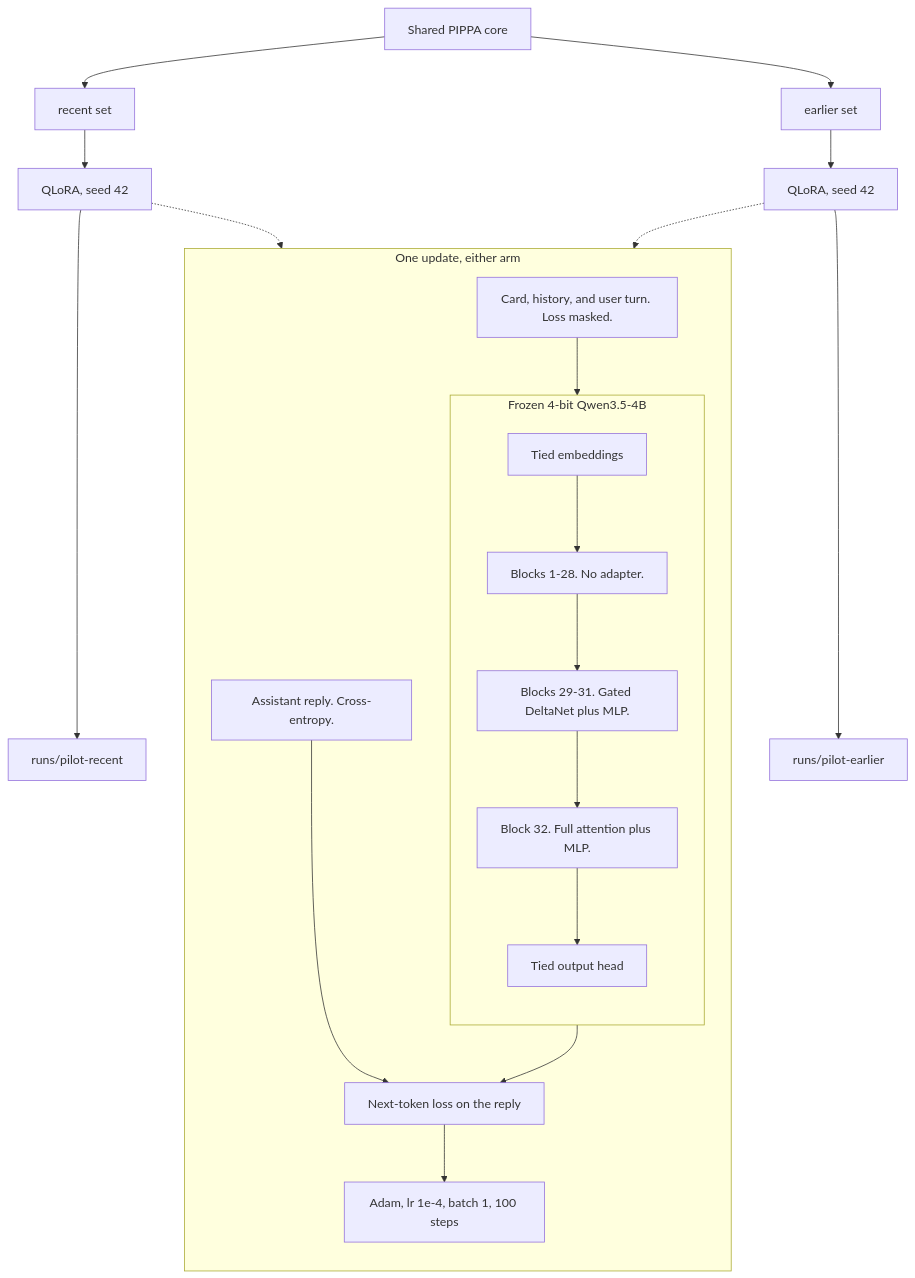
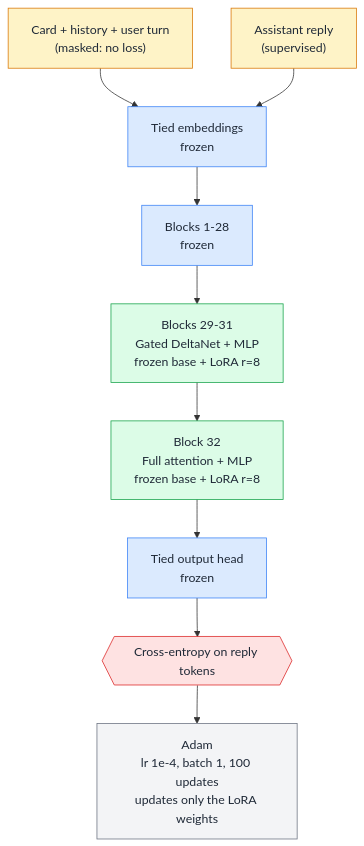
One commit to ej-sanmartin/Qwen-Storythread changed the second of 3 diagrams in README.md. Above: the diagram before and after it, drawn with Mermaid. The commit also changed other lines of this file, not shown here.

Commit message:
docs: restyle QLoRA diagrams with color-coded legend

````diff
--- a/README.md
+++ b/README.md
@@ -17,31 +35,23 @@
 ```mermaid
 flowchart TB
-  core["Shared PIPPA core"] --> recent["recent set"]
-  core --> earlier["earlier set"]
-  recent --> rtrain["QLoRA, seed 42"]
-  earlier --> etrain["QLoRA, seed 42"]
-  rtrain --> radapt["runs/pilot-recent"]
-  etrain --> eadapt["runs/pilot-earlier"]
+  classDef data fill:#fef3c7,stroke:#d97706,color:#1f2937
+  classDef frozen fill:#dbeafe,stroke:#3b82f6,color:#1f2937
+  classDef train fill:#dcfce7,stroke:#16a34a,color:#1f2937
+  classDef step fill:#f3f4f6,stroke:#6b7280,color:#1f2937
+  classDef loss fill:#fee2e2,stroke:#dc2626,color:#1f2937
 
-  subgraph step [One update, either arm]
-    direction TB
-    prompt["Card, history, and user turn. Loss masked."]
-    reply["Assistant reply. Cross-entropy."]
-    prompt --> stack
-    reply --> loss["Next-token loss on the reply"]
-    subgraph stack [Frozen 4-bit Qwen3.5-4B]
-      direction TB
-      emb["Tied embeddings"]
-      early["Blocks 1-28. No adapter."]
-      mid["Blocks 29-31. Gated DeltaNet plus MLP."]
-      last["Block 32. Full attention plus MLP."]
-      head["Tied output head"]
-      emb --> early --> mid --> last --> head
-    end
-    head --> loss
-    loss --> adam["Adam, lr 1e-4, batch 1, 100 steps"]
-  end
+  prompt["Card + history + user turn<br/>(masked: no loss)"]:::data
+  reply["Assistant reply<br/>(supervised)"]:::data
+  prompt --> emb
+  reply --> emb
 
-  rtrain -.-> step
-  etrain -.-> step
+  emb["Tied embeddings<br/>frozen"]:::frozen
+  low["Blocks 1-28<br/>frozen"]:::frozen
+  mid["Blocks 29-31<br/>Gated DeltaNet + MLP<br/>frozen base + LoRA r=8"]:::train
+  top["Block 32<br/>Full attention + MLP<br/>frozen base + LoRA r=8"]:::train
+  head["Tied output head<br/>frozen"]:::frozen
+  emb --> low --> mid --> top --> head
+
+  head --> loss{{"Cross-entropy on reply tokens"}}:::loss
+  loss --> adam["Adam<br/>lr 1e-4, batch 1, 100 updates<br/>updates only the LoRA weights"]:::step
 ```
````
